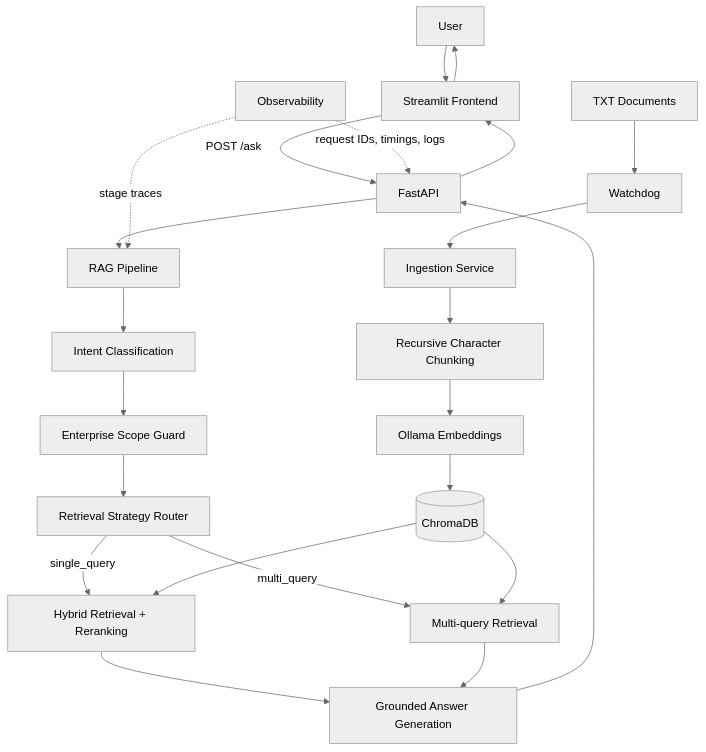
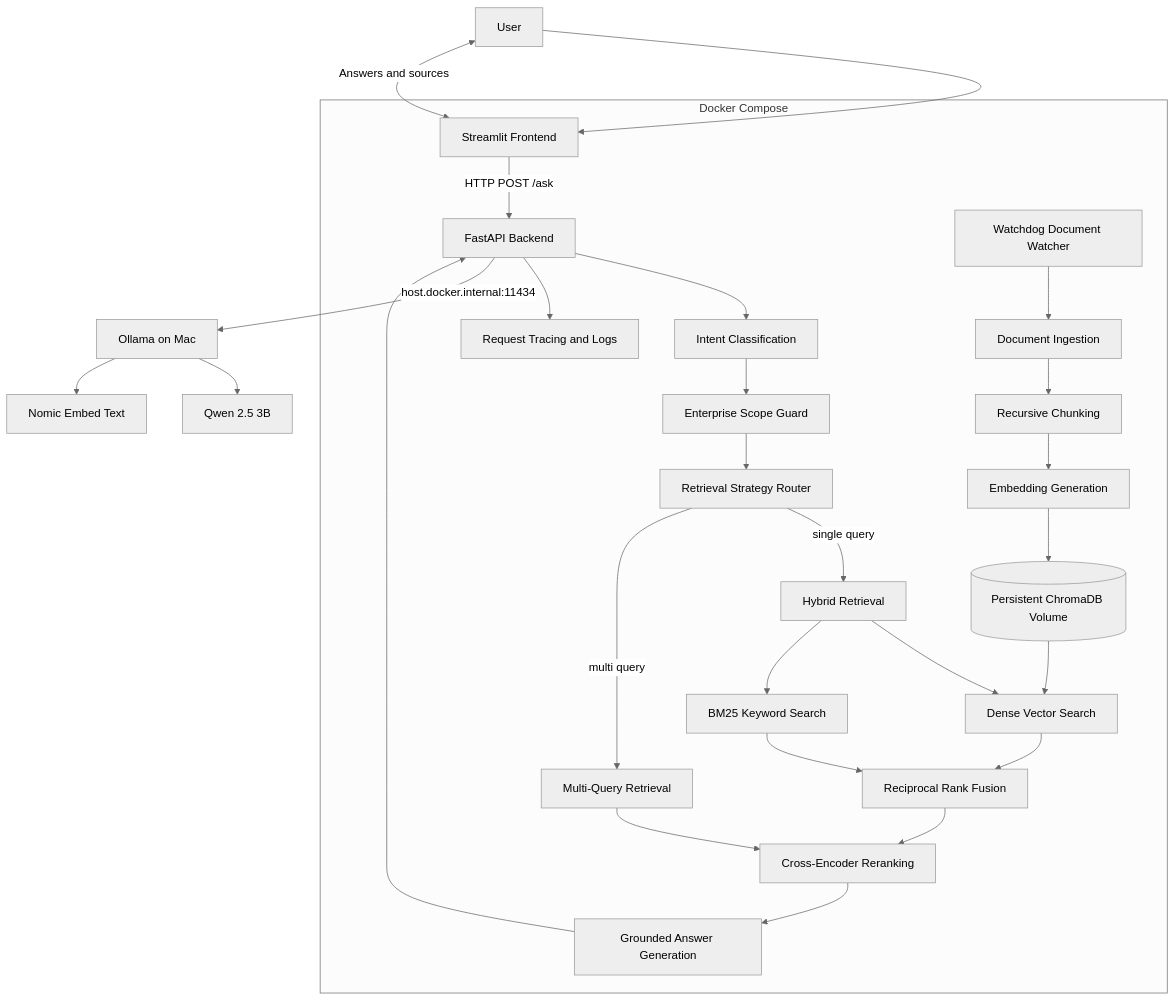
Before and after one commit to Rohini0810/Agentic-RAG-Enterprise-Knowledge-Agent: the first of 3 diagrams in README.md, drawn with Mermaid (neutral theme). The commit also changed other lines of this file, not shown here.

Commit message:
docs: publish final Agentic RAG architecture on README

````diff
--- a/README.md
+++ b/README.md
@@ -40,27 +42,30 @@
 ```mermaid
 flowchart TB
-    U[User] --> UI[Streamlit Frontend]
-    UI -->|POST /ask| API[FastAPI]
-    API --> PIPE[RAG Pipeline]
-    PIPE --> INTENT[Intent Classification]
-    INTENT --> SCOPE[Enterprise Scope Guard]
-    SCOPE --> ROUTER[Retrieval Strategy Router]
-    ROUTER -->|single_query| ADV[Hybrid Retrieval + Reranking]
-    ROUTER -->|multi_query| MQ[Multi-query Retrieval]
-    ADV --> GEN[Grounded Answer Generation]
-    MQ --> GEN
-    GEN --> API
-    API --> UI
-    UI --> U
-
-    DOCS[TXT Documents] --> WATCH[Watchdog]
-    WATCH --> ING[Ingestion Service]
-    ING --> CHUNK[Recursive Character Chunking]
-    CHUNK --> EMB[Ollama Embeddings]
-    EMB --> DB[(ChromaDB)]
-    DB --> ADV
-    DB --> MQ
-
-    OBS[Observability] -. request IDs, timings, logs .-> API
-    OBS -. stage traces .-> PIPE
+    USER[User] --> FE[Streamlit Frontend]
+    subgraph COMPOSE["Docker Compose"]
+        FE -->|HTTP POST /ask| API[FastAPI Backend]
+        API --> INTENT[Intent Classification]
+        INTENT --> SCOPE[Enterprise Scope Guard]
+        SCOPE --> ROUTER[Retrieval Strategy Router]
+        ROUTER -->|single query| HYBRID[Hybrid Retrieval]
+        ROUTER -->|multi query| MULTI[Multi-Query Retrieval]
+        HYBRID --> DENSE[Dense Vector Search]
+        HYBRID --> BM25[BM25 Keyword Search]
+        DENSE --> RRF[Reciprocal Rank Fusion]
+        BM25 --> RRF
+        RRF --> RERANK[Cross-Encoder Reranking]
+        MULTI --> RERANK
+        RERANK --> GEN[Grounded Answer Generation]
+        GEN --> API
+        API --> LOG[Request Tracing and Logs]
+        WATCH[Watchdog Document Watcher] --> ING[Document Ingestion]
+        ING --> CHUNK[Recursive Chunking]
+        CHUNK --> EMB[Embedding Generation]
+        EMB --> DB[(Persistent ChromaDB Volume)]
+        DB --> DENSE
+    end
+    API -->|host.docker.internal:11434| OLLAMA[Ollama on Mac]
+    OLLAMA --> QWEN[Qwen 2.5 3B]
+    OLLAMA --> NOMIC[Nomic Embed Text]
+    USER <-->|Answers and sources| FE
 ```
````
